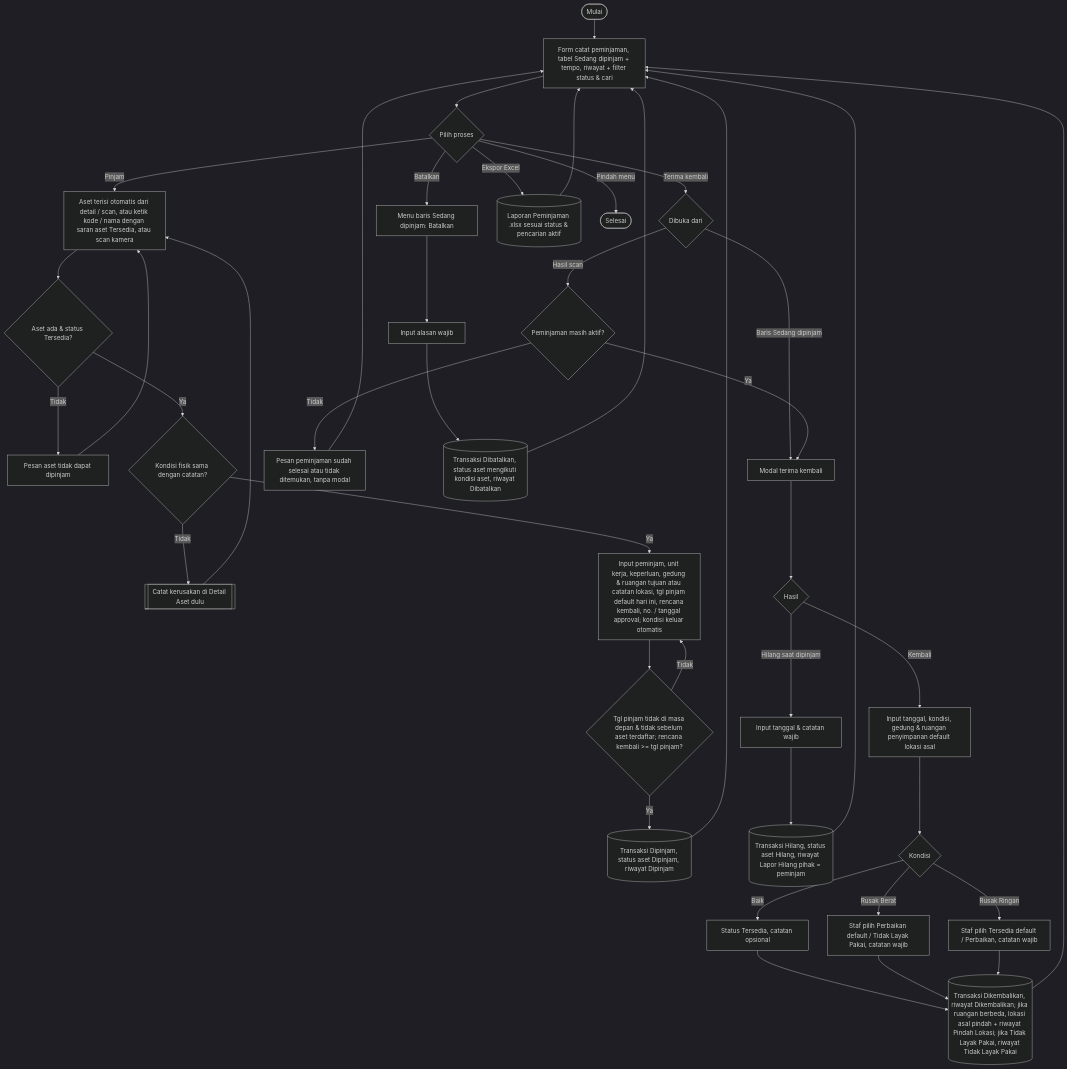
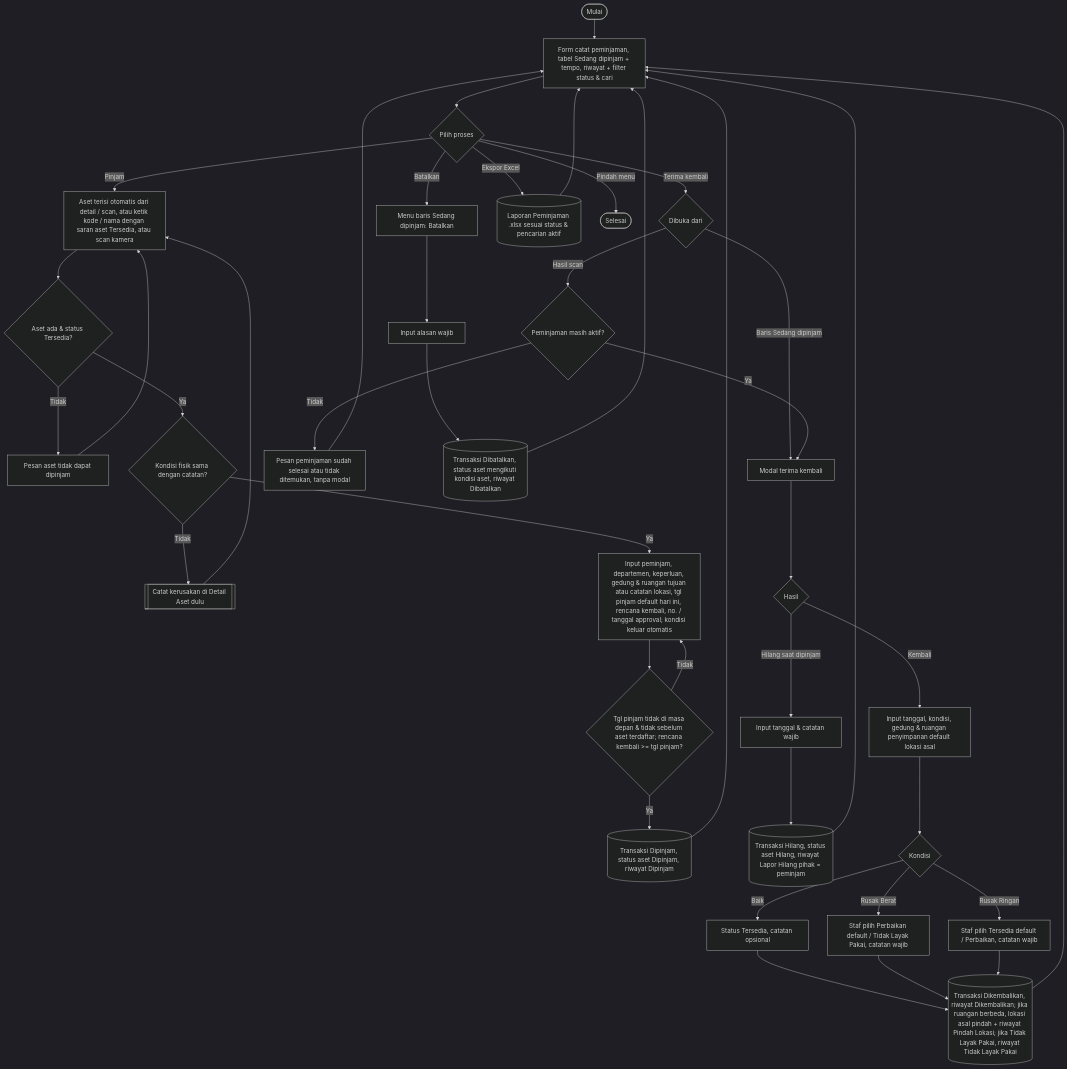
The fifth of 9 diagrams in docs/flowchart.md (mrizqihidayat/system-tracking-asset), drawn with Mermaid (dark theme) before and after one commit. The commit also changed other lines of this file and 41 other files, not shown here.

First line of the commit message:
T26q: istilah Departemen menggantikan unit organisasi

````diff
--- a/docs/flowchart.md
+++ b/docs/flowchart.md
@@ -183,34 +183,34 @@
 ```mermaid
 flowchart TD
     A([Mulai]) --> B[Form catat peminjaman, tabel Sedang dipinjam + tempo, riwayat + filter status & cari]
     B --> C{Pilih proses}
 
     C -- Pinjam --> P1[Aset terisi otomatis dari detail / scan, atau ketik kode / nama dengan saran aset Tersedia, atau scan kamera]
     P1 --> P2{Aset ada & status Tersedia?}
     P2 -- Tidak --> P3[Pesan aset tidak dapat dipinjam] --> P1
     P2 -- Ya --> P3a{Kondisi fisik sama dengan catatan?}
     P3a -- Tidak --> P3b[[Catat kerusakan di Detail Aset dulu]] --> P1
-    P3a -- Ya --> P4[Input peminjam, unit kerja, keperluan, gedung & ruangan tujuan atau catatan lokasi, tgl pinjam default hari ini, rencana kembali, no. / tanggal approval; kondisi keluar otomatis]
+    P3a -- Ya --> P4[Input peminjam, departemen, keperluan, gedung & ruangan tujuan atau catatan lokasi, tgl pinjam default hari ini, rencana kembali, no. / tanggal approval; kondisi keluar otomatis]
     P4 --> P5{Tgl pinjam tidak di masa depan & tidak sebelum aset terdaftar; rencana kembali >= tgl pinjam?}
     P5 -- Tidak --> P4
     P5 -- Ya --> P6[(Transaksi Dipinjam, status aset Dipinjam, riwayat Dipinjam)] --> B
 
     C -- Terima kembali --> R0{Dibuka dari}
     R0 -- Baris Sedang dipinjam --> R1[Modal terima kembali]
     R0 -- Hasil scan --> R0a{Peminjaman masih aktif?}
     R0a -- Tidak --> R0b[Pesan peminjaman sudah selesai atau tidak ditemukan, tanpa modal] --> B
     R0a -- Ya --> R1
     R1 --> R1a{Hasil}
     R1a -- Hilang saat dipinjam --> H1[Input tanggal & catatan wajib] --> H2[(Transaksi Hilang, status aset Hilang, riwayat Lapor Hilang pihak = peminjam)] --> B
     R1a -- Kembali --> R2[Input tanggal, kondisi, gedung & ruangan penyimpanan default lokasi asal]
     R2 --> R3{Kondisi}
     R3 -- Baik --> R4[Status Tersedia, catatan opsional]
     R3 -- Rusak Ringan --> R6[Staf pilih Tersedia default / Perbaikan, catatan wajib]
     R3 -- Rusak Berat --> R5[Staf pilih Perbaikan default / Tidak Layak Pakai, catatan wajib]
     R4 & R5 & R6 --> R10[(Transaksi Dikembalikan, riwayat Dikembalikan; jika ruangan berbeda, lokasi asal pindah + riwayat Pindah Lokasi; jika Tidak Layak Pakai, riwayat Tidak Layak Pakai)] --> B
 
     C -- Batalkan --> X1[Menu baris Sedang dipinjam: Batalkan] --> X2[Input alasan wajib] --> X3[(Transaksi Dibatalkan, status aset mengikuti kondisi aset, riwayat Dibatalkan)] --> B
 
     C -- Ekspor Excel --> E1[(Laporan Peminjaman .xlsx sesuai status & pencarian aktif)] --> B
     C -- Pindah menu --> Z([Selesai])
 ```
````
